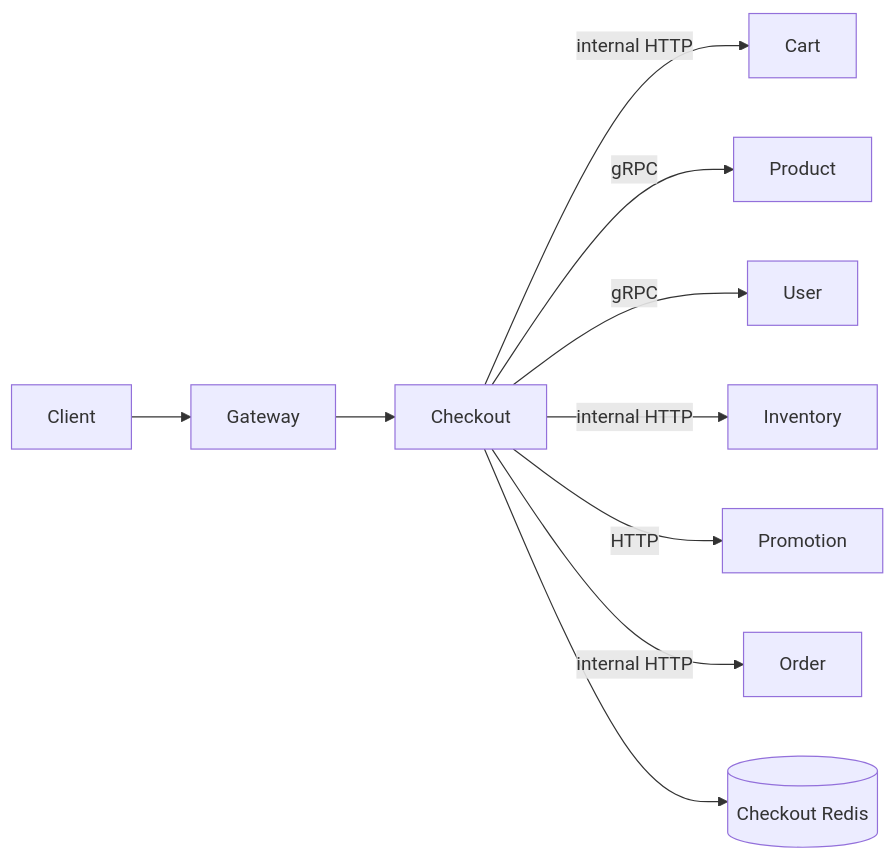
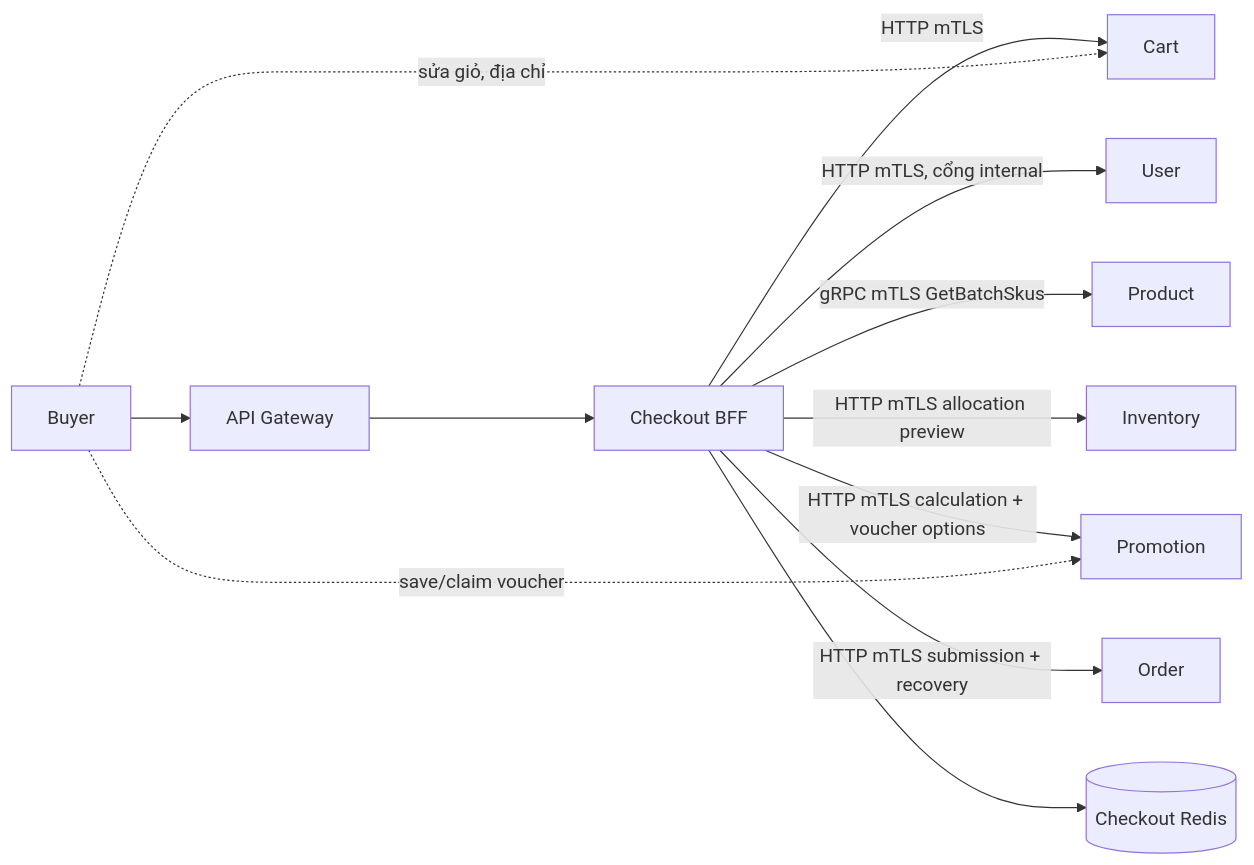
Before and after one commit to quangdung2110/e-commerce-microservices: the diagram in docs/checkout/architecture.md, drawn with Mermaid. The commit also changed other lines of this file and 46 other files, not shown here.

First line of the commit message:
docs(checkout): bring Checkout BFF docs and contracts up to BFF standard

````diff
--- a/docs/checkout/architecture.md
+++ b/docs/checkout/architecture.md
@@ -28,11 +22,14 @@
 ```mermaid
 flowchart LR
-  Client --> Gateway --> Checkout
-  Checkout -->|internal HTTP| Cart
-  Checkout -->|gRPC| Product
-  Checkout -->|gRPC| User
-  Checkout -->|internal HTTP| Inventory
-  Checkout -->|HTTP| Promotion
-  Checkout -->|internal HTTP| Order
-  Checkout --> Redis[(Checkout Redis)]
+  B[Buyer] --> G[API Gateway]
+  G --> C[Checkout BFF]
+  C -->|HTTP mTLS| Cart
+  C -->|HTTP mTLS, cổng internal| User
+  C -->|gRPC mTLS GetBatchSkus| Product
+  C -->|HTTP mTLS allocation preview| Inventory
+  C -->|HTTP mTLS calculation + voucher options| Promotion
+  C -->|HTTP mTLS submission + recovery| Order
+  C --> R[(Checkout Redis)]
+  B -.->|save/claim voucher| Promotion
+  B -.->|sửa giỏ, địa chỉ| Cart
 ```
````
